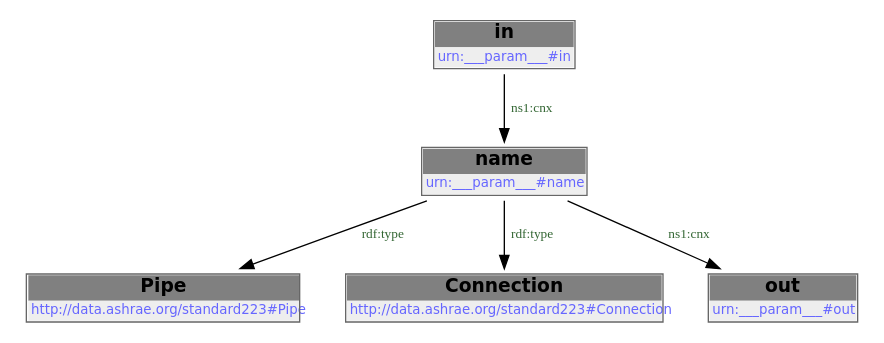
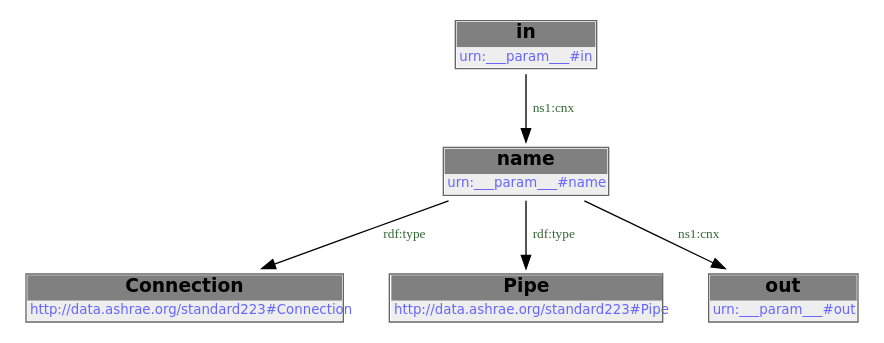
One commit to DataDrivenCPS/water-ontology changed the first of 2 diagrams in docs/libraries/templates/pipe.rst. Above: the diagram before and after it, drawn with Graphviz. The commit also changed other lines of this file and 33 other files, not shown here.

```diff
--- a/docs/libraries/templates/pipe.rst
+++ b/docs/libraries/templates/pipe.rst
@@ -62,14 +62,14 @@
         .. graphviz::
 
                 digraph G {
             node [fontname="DejaVu Sans"];
             node0 -> node1 [color=BLACK, label=< <font point-size='10' color='#336633'>rdf:type</font> >];
             node0 -> node2 [color=BLACK, label=< <font point-size='10' color='#336633'>rdf:type</font> >];
             node3 -> node0 [color=BLACK, label=< <font point-size='10' color='#336633'>ns1:cnx</font> >];
             node0 -> node4 [color=BLACK, label=< <font point-size='10' color='#336633'>ns1:cnx</font> >];
             node0 [shape=none, color=black, label=< <table color='#666666' cellborder='0' cellspacing='0' border='1'><tr><td colspan='2' bgcolor='grey'><B>name</B></td></tr><tr><td href='urn:___param___#name' bgcolor='#eeeeee' colspan='2'><font point-size='10' color='#6666ff'>urn:___param___#name</font></td></tr></table> >];
-            node1 [shape=none, color=black, label=< <table color='#666666' cellborder='0' cellspacing='0' border='1'><tr><td colspan='2' bgcolor='grey'><B>Pipe</B></td></tr><tr><td href='http://data.ashrae.org/standard223#Pipe' bgcolor='#eeeeee' colspan='2'><font point-size='10' color='#6666ff'>http://data.ashrae.org/standard223#Pipe</font></td></tr></table> >];
-            node2 [shape=none, color=black, label=< <table color='#666666' cellborder='0' cellspacing='0' border='1'><tr><td colspan='2' bgcolor='grey'><B>Connection</B></td></tr><tr><td href='http://data.ashrae.org/standard223#Connection' bgcolor='#eeeeee' colspan='2'><font point-size='10' color='#6666ff'>http://data.ashrae.org/standard223#Connection</font></td></tr></table> >];
+            node1 [shape=none, color=black, label=< <table color='#666666' cellborder='0' cellspacing='0' border='1'><tr><td colspan='2' bgcolor='grey'><B>Connection</B></td></tr><tr><td href='http://data.ashrae.org/standard223#Connection' bgcolor='#eeeeee' colspan='2'><font point-size='10' color='#6666ff'>http://data.ashrae.org/standard223#Connection</font></td></tr></table> >];
+            node2 [shape=none, color=black, label=< <table color='#666666' cellborder='0' cellspacing='0' border='1'><tr><td colspan='2' bgcolor='grey'><B>Pipe</B></td></tr><tr><td href='http://data.ashrae.org/standard223#Pipe' bgcolor='#eeeeee' colspan='2'><font point-size='10' color='#6666ff'>http://data.ashrae.org/standard223#Pipe</font></td></tr></table> >];
             node3 [shape=none, color=black, label=< <table color='#666666' cellborder='0' cellspacing='0' border='1'><tr><td colspan='2' bgcolor='grey'><B>in</B></td></tr><tr><td href='urn:___param___#in' bgcolor='#eeeeee' colspan='2'><font point-size='10' color='#6666ff'>urn:___param___#in</font></td></tr></table> >];
             node4 [shape=none, color=black, label=< <table color='#666666' cellborder='0' cellspacing='0' border='1'><tr><td colspan='2' bgcolor='grey'><B>out</B></td></tr><tr><td href='urn:___param___#out' bgcolor='#eeeeee' colspan='2'><font point-size='10' color='#6666ff'>urn:___param___#out</font></td></tr></table> >];
             }
```
